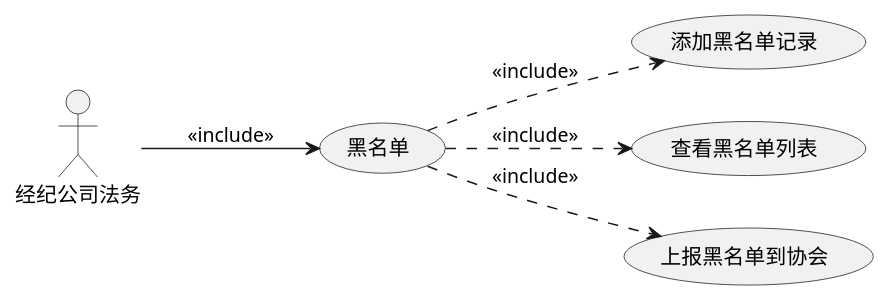
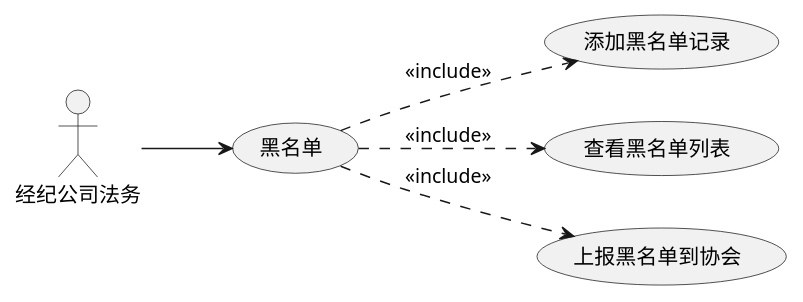
The fourth of 14 diagrams in docs/credit/README.md (evildoerX/hyperledger-credit), drawn with PlantUML before and after one commit. The commit also changed other lines of this file, not shown here.

```diff
--- a/docs/credit/README.md
+++ b/docs/credit/README.md
@@ -177,7 +177,7 @@
 @startuml
 left to right direction
-经纪公司法务 --> (黑名单): <<include>>
+经纪公司法务 --> (黑名单)
 (黑名单) ..> (添加黑名单记录): <<include>>
 (黑名单) ..> (查看黑名单列表): <<include>>
 (黑名单) ..> (上报黑名单到协会): <<include>>
 @enduml
```
